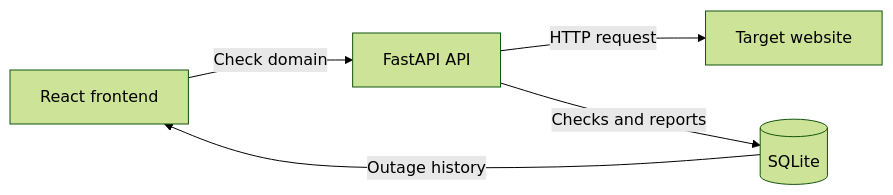
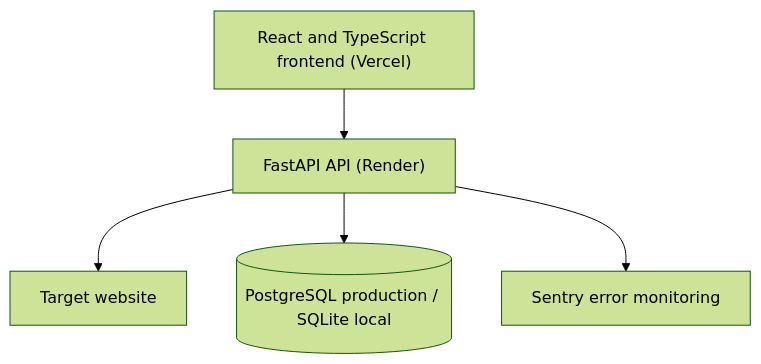
One commit to JerryX2007/isitdown changed the diagram in README.md. Above: the diagram before and after it, drawn with Mermaid (forest theme). The commit also changed other lines of this file, not shown here.

First line of the commit message:
Revise README with PostgreSQL and enhanced details

````diff
--- a/README.md
+++ b/README.md
@@ -29,7 +46,7 @@
 ```mermaid
-flowchart LR
-    A["React frontend"] -->|Check domain| B["FastAPI API"]
-    B -->|HTTP request| C["Target website"]
-    B -->|Checks and reports| D[("SQLite")]
-    D -->|Outage history| A
+flowchart TD
+    A["React and TypeScript frontend (Vercel)"] --> B["FastAPI API (Render)"]
+    B --> C["Target website"]
+    B --> D[("PostgreSQL production / SQLite local")]
+    B --> E["Sentry error monitoring"]
 ```
````
